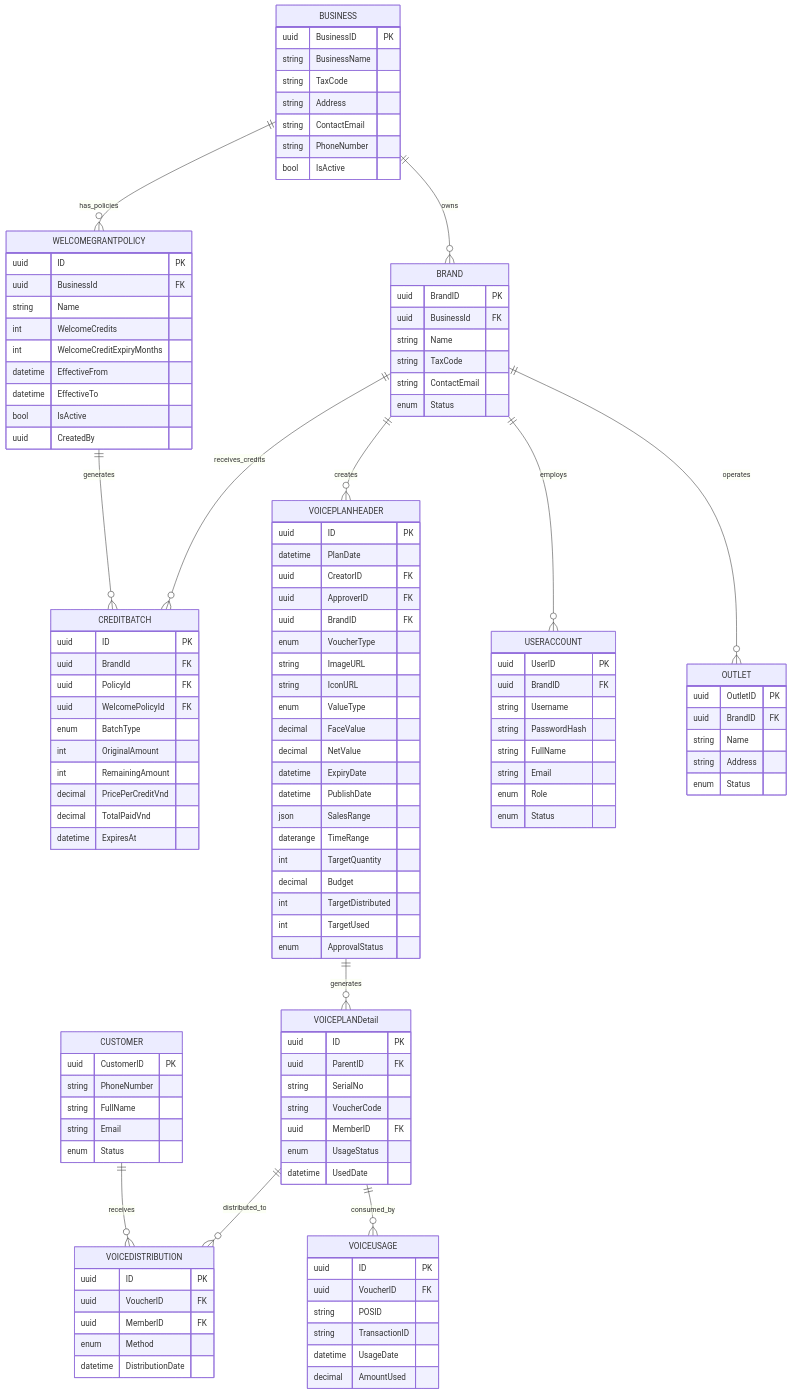
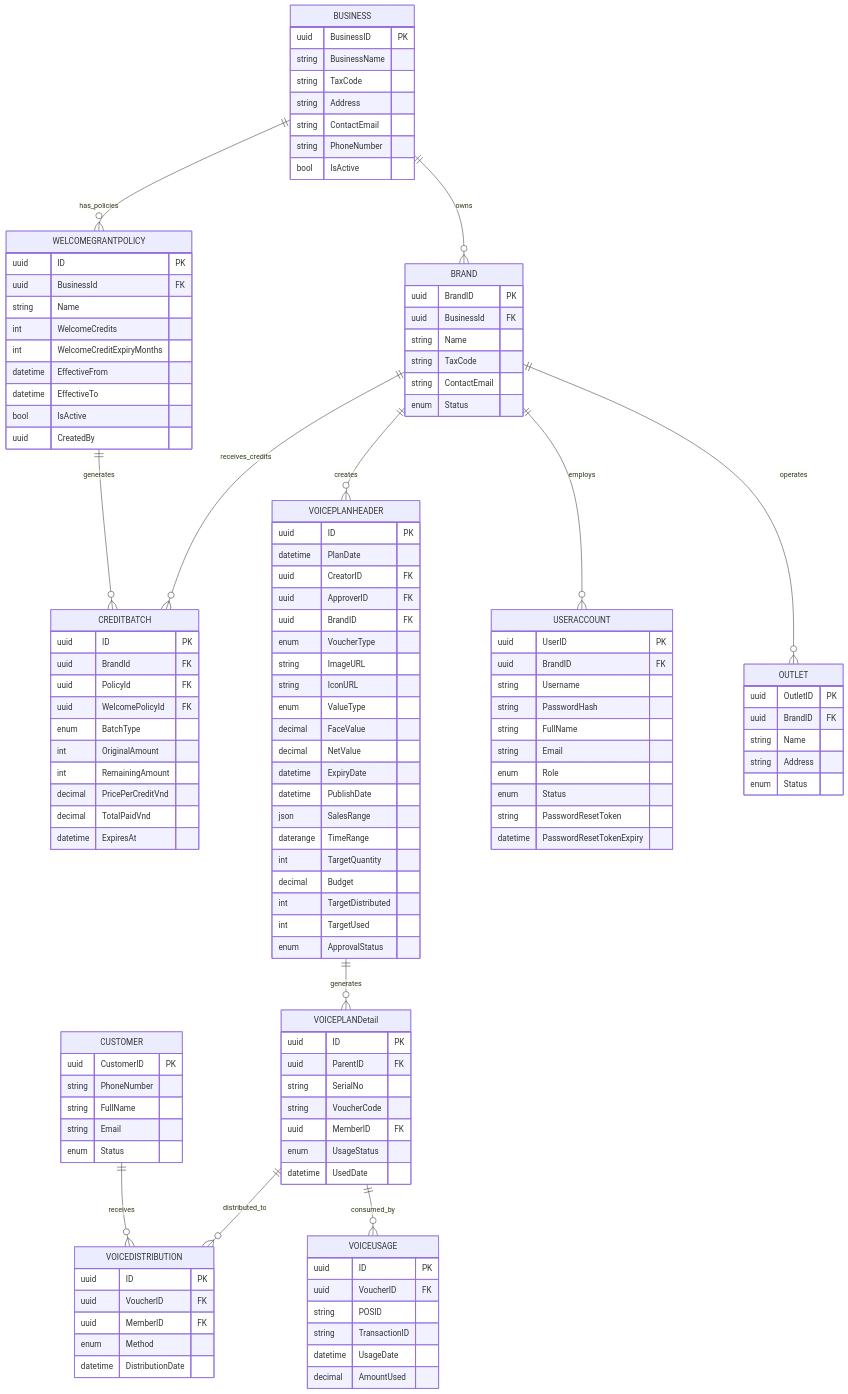
Before and after one commit to lamhongbac/NonCash: the third of 6 diagrams in .qoder/repowiki/en/content/Data Models and Database Design/Entity Relationships and Schema Design.md, drawn with Mermaid. The commit also changed other lines of this file and 32 other files, not shown here.

```diff
--- a/.qoder/repowiki/en/content/Data Models and Database Design/Entity Relationships and Schema Design.md
+++ b/.qoder/repowiki/en/content/Data Models and Database Design/Entity Relationships and Schema Design.md
@@ -211,6 +217,8 @@
 string Email
 enum Role
 enum Status
+string PasswordResetToken
+datetime PasswordResetTokenExpiry
 }
 CUSTOMER {
 uuid CustomerID PK
```
